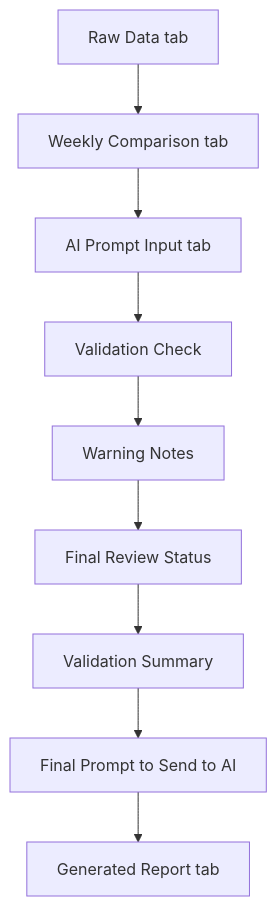
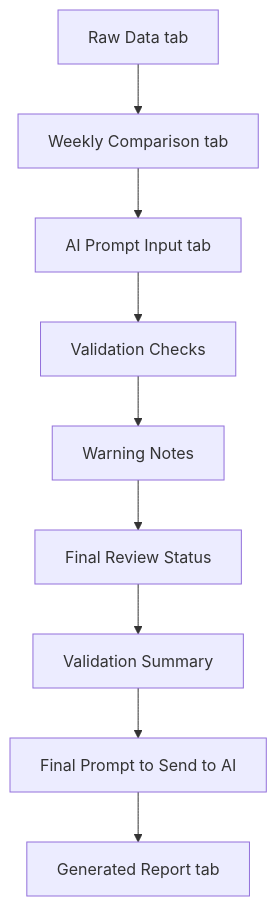
One commit to aingenerijr1/ai-marketing-report-generator changed the first of 3 diagrams in workflow-diagram.md. Above: the diagram before and after it, drawn with Mermaid. The commit also changed other lines of this file, not shown here.

First line of the commit message:
Enhance workflow diagram and add detailed explanations

````diff
--- a/workflow-diagram.md
+++ b/workflow-diagram.md
@@ -10,11 +13,11 @@
 ```mermaid
 flowchart TD
     A[Raw Data tab] --> B[Weekly Comparison tab]
     B --> C[AI Prompt Input tab]
-    C --> D[Validation Check]
+    C --> D[Validation Checks]
     D --> E[Warning Notes]
     E --> F[Final Review Status]
     F --> G[Validation Summary]
     G --> H[Final Prompt to Send to AI]
     H --> I[Generated Report tab]
 ```
````
